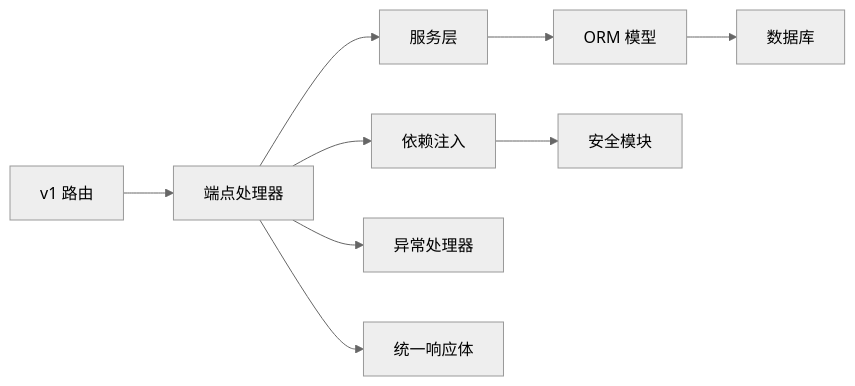
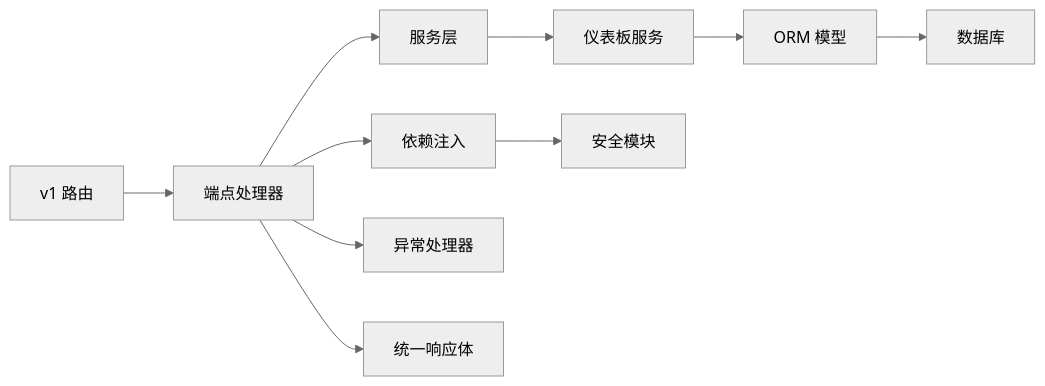
The sixth of 6 diagrams in .qoder/repowiki/zh/content/系统架构/后端架构/后端架构.md (wungjyan/pocket-farm), drawn with Mermaid (neutral theme) before and after one commit. The commit also changed other lines of this file and 198 other files, not shown here.

````diff
--- a/.qoder/repowiki/zh/content/系统架构/后端架构/后端架构.md
+++ b/.qoder/repowiki/zh/content/系统架构/后端架构/后端架构.md
@@ -280,11 +322,12 @@
 ```mermaid
 graph LR
 Router["v1 路由"] --> Endpoints["端点处理器"]
 Endpoints --> Services["服务层"]
-Services --> Models["ORM 模型"]
+Services --> DashboardSvc["仪表板服务"]
+DashboardSvc --> Models["ORM 模型"]
 Models --> DB["数据库"]
 Endpoints --> Deps["依赖注入"]
 Deps --> Security["安全模块"]
 Endpoints --> Exceptions["异常处理器"]
 Endpoints --> Response["统一响应体"]
 ```
````
